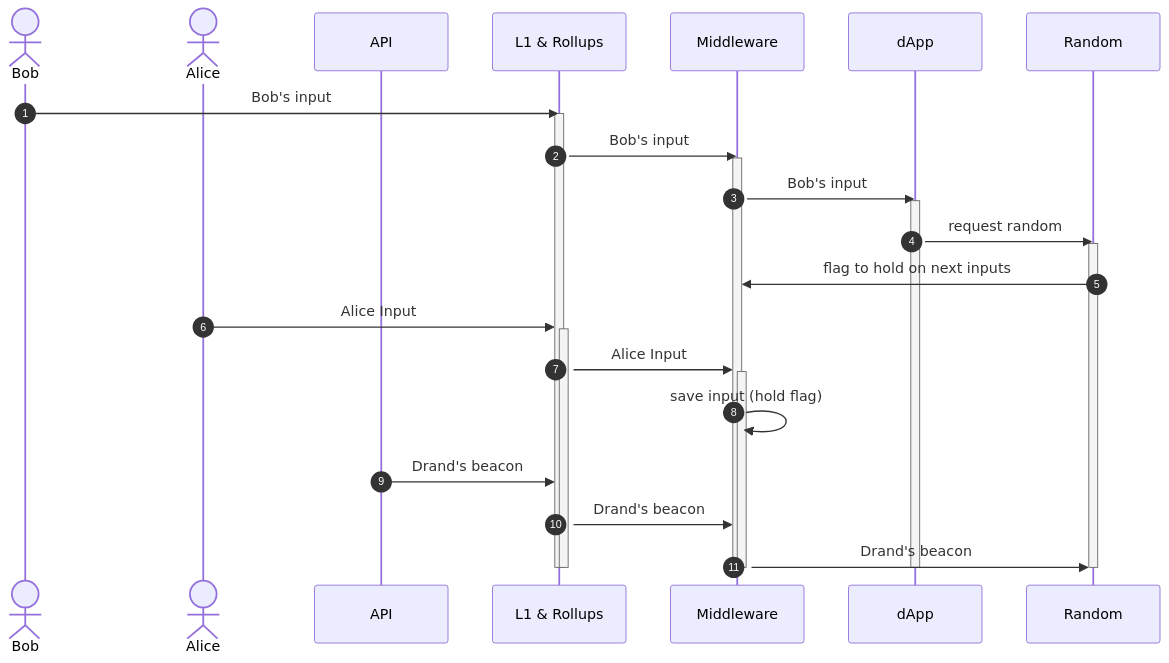
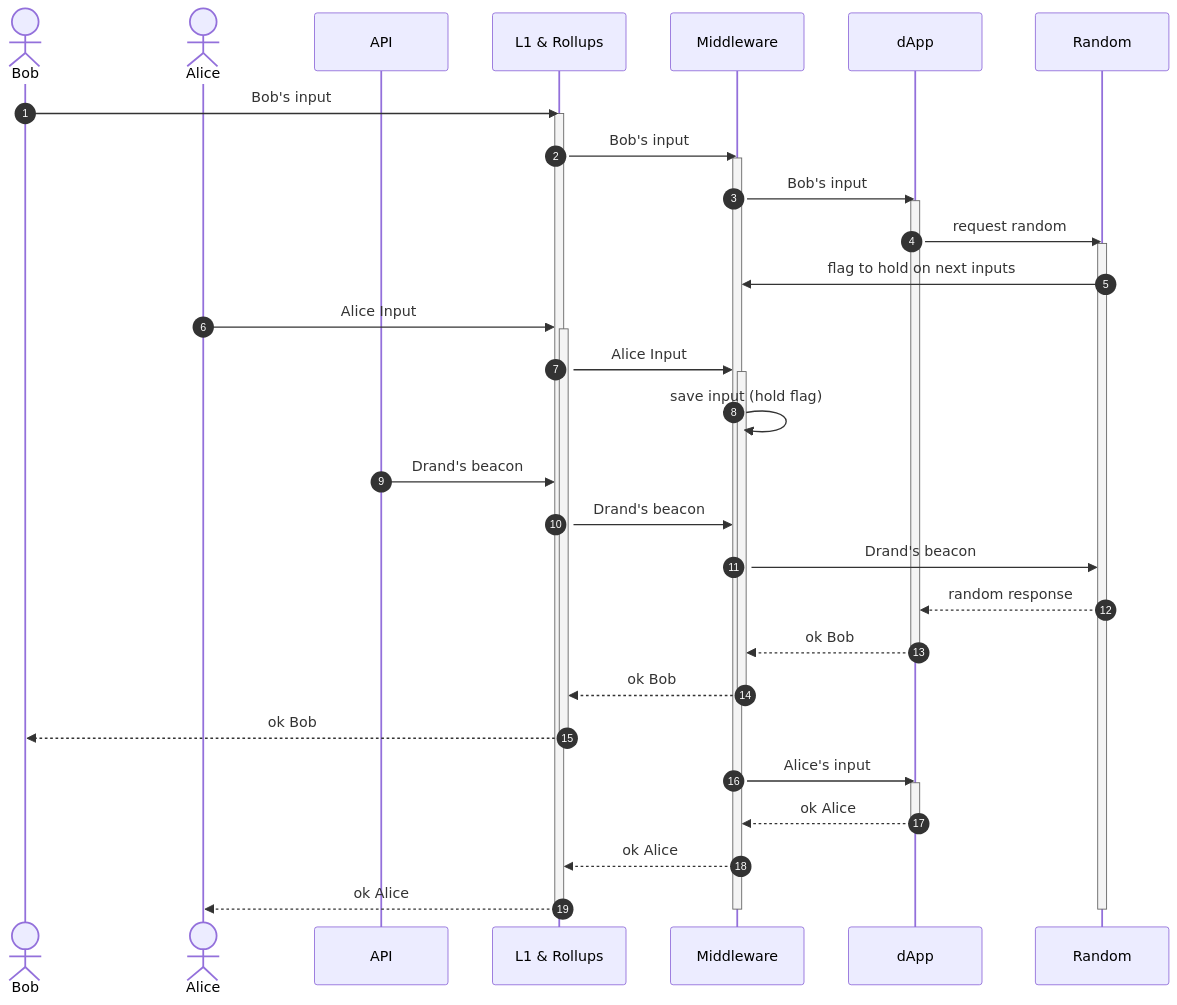
Before and after one commit to Calindra/cartesi-drand: the diagram in README.md, drawn with Mermaid.

Commit message:
docs: add more events on doc

````diff
--- a/README.md
+++ b/README.md
@@ -3,38 +3,45 @@
 ```mermaid
 sequenceDiagram
     autonumber
     actor Bob
     actor Alice
     participant API
     participant L1 & Rollups
     participant Middleware
     participant dApp
     participant Random
 
     Bob->>L1 & Rollups: Bob's input
     activate L1 & Rollups
     L1 & Rollups->>Middleware: Bob's input
     activate Middleware
     Middleware->>dApp: Bob's input
     activate dApp
     dApp->>Random: request random
     activate Random
     Random->>Middleware: flag to hold on next inputs
     Alice->>L1 & Rollups: Alice Input
     activate L1 & Rollups
     L1 & Rollups->>Middleware: Alice Input
     activate Middleware
     Middleware ->> Middleware: save input (hold flag)
     API->>L1 & Rollups: Drand's beacon
     L1 & Rollups->>Middleware: Drand's beacon
     Middleware->>Random: Drand's beacon
-
+    Random-->>dApp: random response
+    dApp-->>Middleware: ok Bob
+    deactivate dApp
+    Middleware-->>L1 & Rollups: ok Bob
+    deactivate Middleware
+    L1 & Rollups-->>Bob: ok Bob
+    deactivate L1 & Rollups
+    Middleware->>dApp: Alice's input
+    activate dApp
+    dApp-->>Middleware: ok Alice
+    deactivate dApp
+    Middleware-->>L1 & Rollups: ok Alice
+    L1 & Rollups-->>Alice: ok Alice
     deactivate Random
-    deactivate Middleware
-    deactivate dApp
-
-    deactivate L1 & Rollups
-
     deactivate Middleware
     deactivate L1 & Rollups
 ```
````
